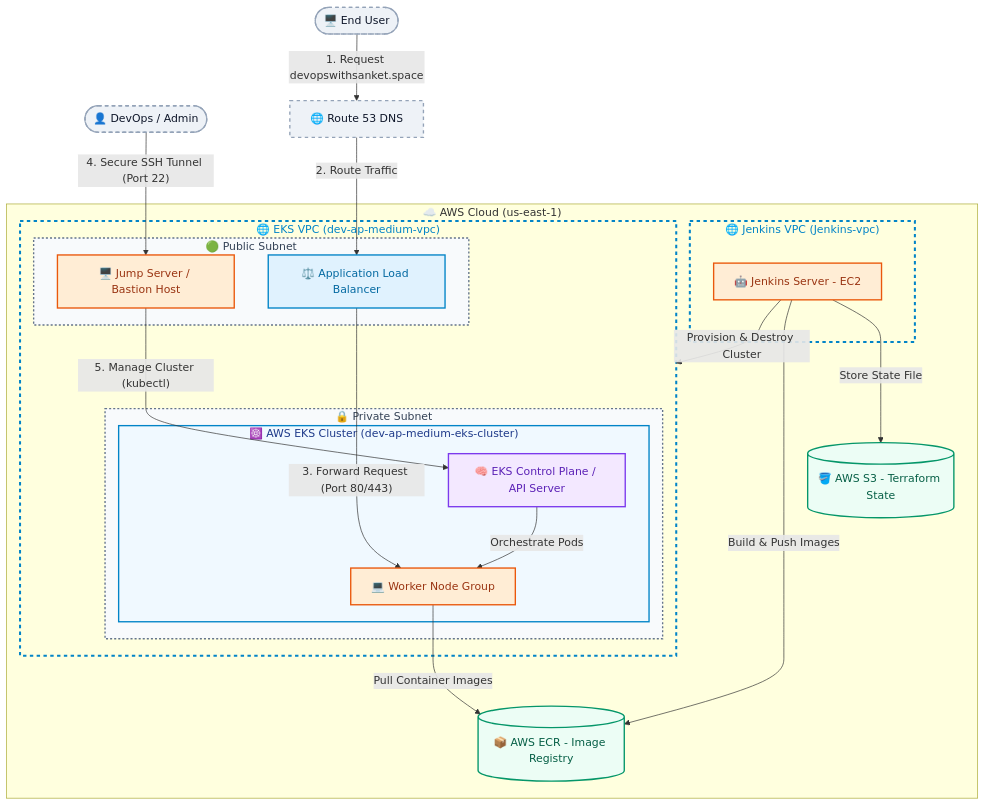
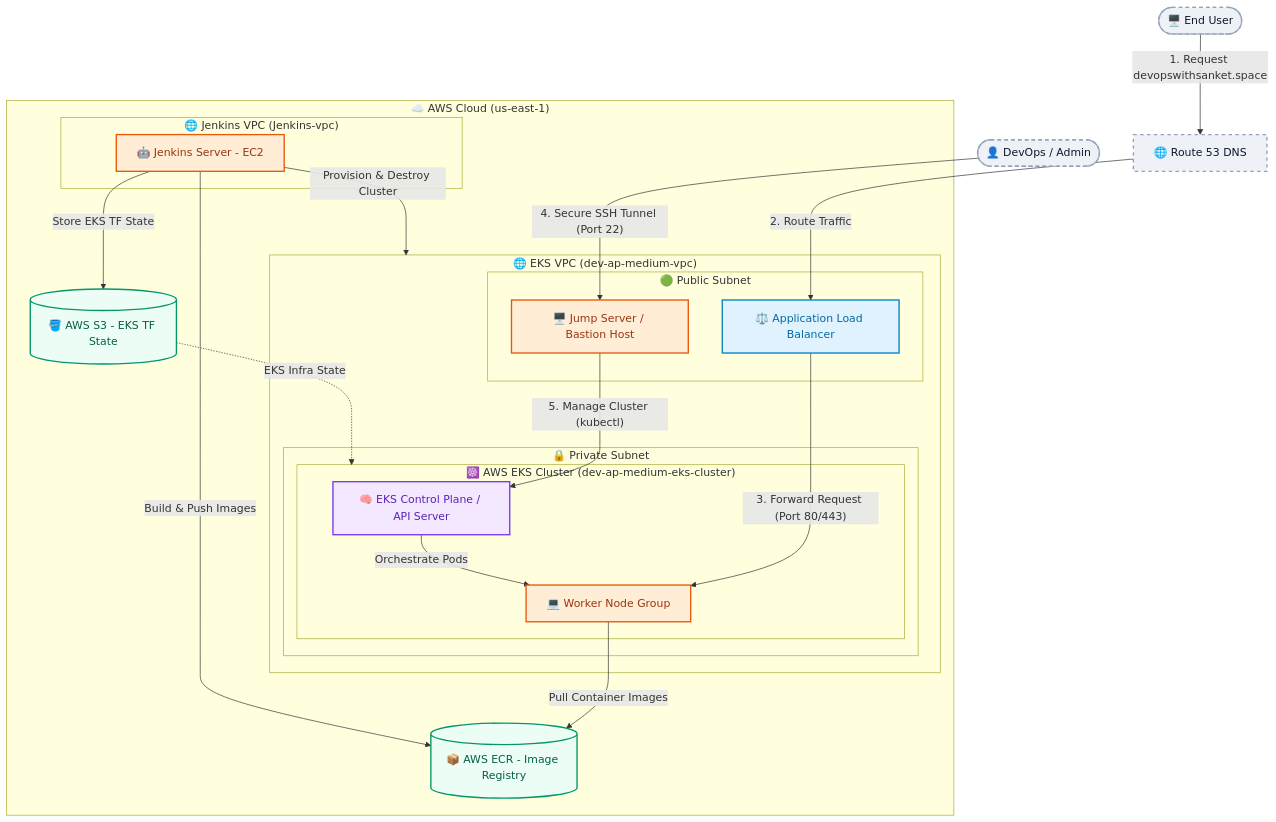
Before and after one commit to Sanket006/three-tier-devsecops-eks: the first of 3 diagrams in docs/09-architecture-diagrams.md, drawn with Mermaid. The commit also changed other lines of this file, not shown here.

Commit message:
docs: connect S3 EKS TF State bucket to EKS cluster node in AWS diagram

````diff
--- a/docs/09-architecture-diagrams.md
+++ b/docs/09-architecture-diagrams.md
@@ -10,65 +10,60 @@
 ```mermaid
 graph TB
     %% Nodes outside VPC
     User([🖥️ End User])
     DevOps([👤 DevOps / Admin])
     Route53[🌐 Route 53 DNS]
 
     subgraph AWS_Cloud ["☁️ AWS Cloud (us-east-1)"]
         
         subgraph Jenkins_VPC ["🌐 Jenkins VPC (Jenkins-vpc)"]
             Jenkins[🤖 Jenkins Server - EC2]
         end
 
         subgraph EKS_VPC ["🌐 EKS VPC (dev-ap-medium-vpc)"]
             subgraph Public_Subnet ["🟢 Public Subnet"]
                 ALB[⚖️ Application Load Balancer]
                 JumpServer[🖥️ Jump Server / Bastion Host]
             end
             
             subgraph Private_Subnet ["🔒 Private Subnet"]
                 subgraph EKS_Cluster ["☸️ AWS EKS Cluster (dev-ap-medium-eks-cluster)"]
                     ControlPlane[🧠 EKS Control Plane / API Server]
                     WorkerNodes[💻 Worker Node Group]
                 end
             end
         end
         
         %% AWS Managed Services
         ECR[(📦 AWS ECR - Image Registry)]
-        S3[(🪣 AWS S3 - Terraform State)]
+        S3[(🪣 AWS S3 - EKS TF State)]
     end
 
     %% Flow connections
     User -->|1. Request devopswithsanket.space| Route53
     Route53 -->|2. Route Traffic| ALB
     ALB -->|"3. Forward Request (Port 80/443)"| WorkerNodes
     DevOps -->|"4. Secure SSH Tunnel (Port 22)"| JumpServer
     JumpServer -->|"5. Manage Cluster (kubectl)"| ControlPlane
     ControlPlane -->|Orchestrate Pods| WorkerNodes
     
     %% Pipeline & Infrastructure Management
     Jenkins -->|Provision & Destroy Cluster| EKS_VPC
-    Jenkins -->|Store State File| S3
+    Jenkins -->|"Store EKS TF State"| S3
+    S3 -.->|"EKS Infra State"| EKS_Cluster
     Jenkins -->|Build & Push Images| ECR
     WorkerNodes -->|Pull Container Images| ECR
 
     %% Formatting / Class Definitions for premium look
     classDef external fill:#eef2f7,stroke:#94a3b8,stroke-width:2px,color:#0f172a,stroke-dasharray: 5 5;
     classDef network fill:#e0f2fe,stroke:#0284c7,stroke-width:2px,color:#0369a1;
     classDef compute fill:#ffedd5,stroke:#ea580c,stroke-width:2px,color:#9a3412;
     classDef storage fill:#ecfdf5,stroke:#059669,stroke-width:2px,color:#065f46;
     classDef security fill:#f3e8ff,stroke:#7c3aed,stroke-width:2px,color:#5b21b6;
-    classDef vpc fill:none,stroke:#0284c7,stroke-width:3px,stroke-dasharray: 5 5,color:#0284c7;
-    classDef subnet fill:#f8fafc,stroke:#64748b,stroke-width:2px,stroke-dasharray: 3 3,color:#334155;
-    classDef eks fill:#f0f9ff,stroke:#0284c7,stroke-width:2px,color:#1e3a8a;
 
     class User,DevOps,Route53 external;
     class ALB network;
     class JumpServer,Jenkins,WorkerNodes compute;
     class ECR,S3 storage;
     class ControlPlane security;
-    class Jenkins_VPC,EKS_VPC vpc;
-    class Public_Subnet,Private_Subnet subnet;
-    class EKS_Cluster eks;
 ```
````
